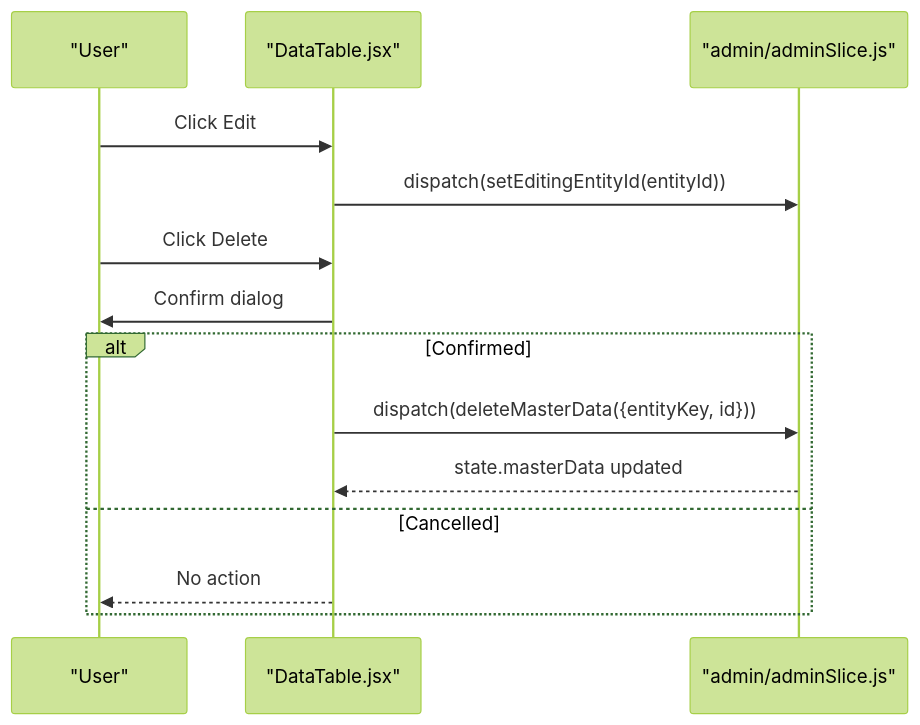
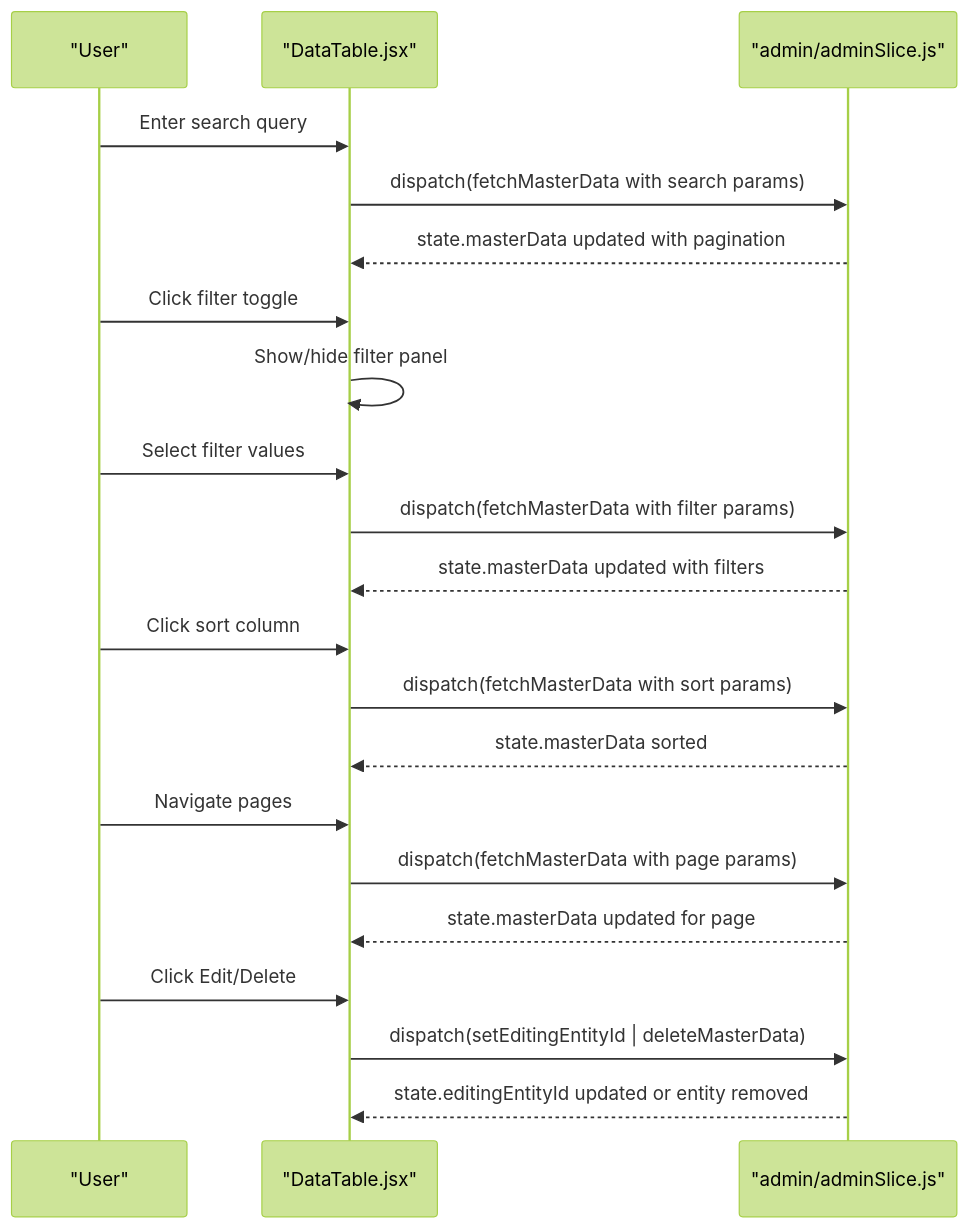
Before and after one commit to Aryan9060/Timetable-Project: the fourth of 7 diagrams in .qoder/repowiki/en/content/Component Library/Dashboard Components.md, drawn with Mermaid (forest theme). The commit also changed other lines of this file and 6 other files, not shown here.

First line of the commit message:
feat(master-data): add advanced pagination, search, sorting, and filtering for all entities

````diff
--- a/.qoder/repowiki/en/content/Component Library/Dashboard Components.md
+++ b/.qoder/repowiki/en/content/Component Library/Dashboard Components.md
@@ -200,16 +244,23 @@
 ```mermaid
 sequenceDiagram
 participant User as "User"
 participant DataTable as "DataTable.jsx"
 participant Store as "admin/adminSlice.js"
-User->>DataTable : Click Edit
-DataTable->>Store : dispatch(setEditingEntityId(entityId))
-User->>DataTable : Click Delete
-DataTable->>User : Confirm dialog
-alt Confirmed
-DataTable->>Store : dispatch(deleteMasterData({entityKey, id}))
-Store-->>DataTable : state.masterData updated
-else Cancelled
-DataTable-->>User : No action
-end
+User->>DataTable : Enter search query
+DataTable->>Store : dispatch(fetchMasterData with search params)
+Store-->>DataTable : state.masterData updated with pagination
+User->>DataTable : Click filter toggle
+DataTable->>DataTable : Show/hide filter panel
+User->>DataTable : Select filter values
+DataTable->>Store : dispatch(fetchMasterData with filter params)
+Store-->>DataTable : state.masterData updated with filters
+User->>DataTable : Click sort column
+DataTable->>Store : dispatch(fetchMasterData with sort params)
+Store-->>DataTable : state.masterData sorted
+User->>DataTable : Navigate pages
+DataTable->>Store : dispatch(fetchMasterData with page params)
+Store-->>DataTable : state.masterData updated for page
+User->>DataTable : Click Edit/Delete
+DataTable->>Store : dispatch(setEditingEntityId | deleteMasterData)
+Store-->>DataTable : state.editingEntityId updated or entity removed
 ```
````
